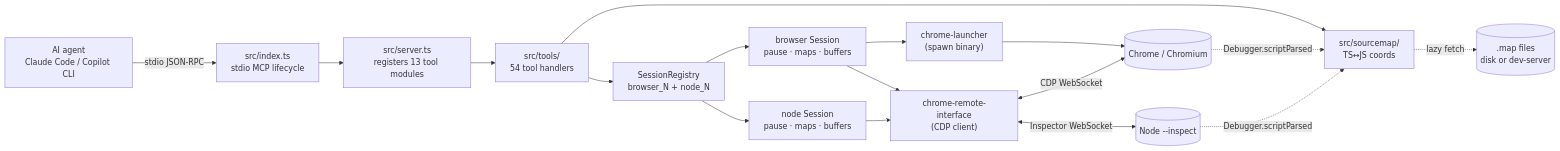
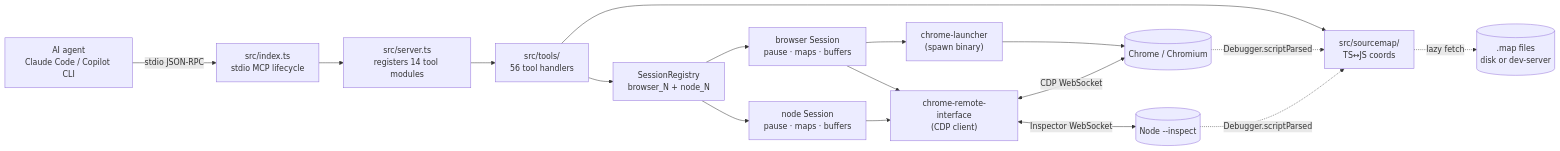
One commit to lcjanke2020/lynceus changed the first of 6 diagrams in docs/ARCHITECTURE.md. Above: the diagram before and after it, drawn with Mermaid. The commit also changed other lines of this file and 12 other files, not shown here.

````diff
--- a/docs/ARCHITECTURE.md
+++ b/docs/ARCHITECTURE.md
@@ -19,33 +19,33 @@
 ```mermaid
 flowchart LR
     Agent["AI agent<br/>Claude Code / Copilot CLI"]
     Index["src/index.ts<br/>stdio MCP lifecycle"]
-    Server["src/server.ts<br/>registers 13 tool modules"]
-    Tools["src/tools/<br/>54 tool handlers"]
+    Server["src/server.ts<br/>registers 14 tool modules"]
+    Tools["src/tools/<br/>56 tool handlers"]
     Registry["SessionRegistry<br/>browser_N + node_N"]
     BrowserState["browser Session<br/>pause · maps · buffers"]
     NodeState["node Session<br/>pause · maps · buffers"]
     Sourcemap["src/sourcemap/<br/>TS↔JS coords"]
     CRI["chrome-remote-interface<br/>(CDP client)"]
     Launcher["chrome-launcher<br/>(spawn binary)"]
     Chrome[("Chrome / Chromium")]
     Node[("Node --inspect")]
     Maps[(".map files<br/>disk or dev-server")]
 
     Agent -- "stdio JSON-RPC" --> Index
     Index --> Server
     Server --> Tools
     Tools --> Registry
     Tools --> Sourcemap
     Registry --> BrowserState
     Registry --> NodeState
     BrowserState --> CRI
     NodeState --> CRI
     BrowserState --> Launcher
     Launcher --> Chrome
     CRI <-- "CDP WebSocket" --> Chrome
     CRI <-- "Inspector WebSocket" --> Node
     Chrome -. "Debugger.scriptParsed" .-> Sourcemap
     Node -. "Debugger.scriptParsed" .-> Sourcemap
     Sourcemap -. "lazy fetch" .-> Maps
 ```
````
